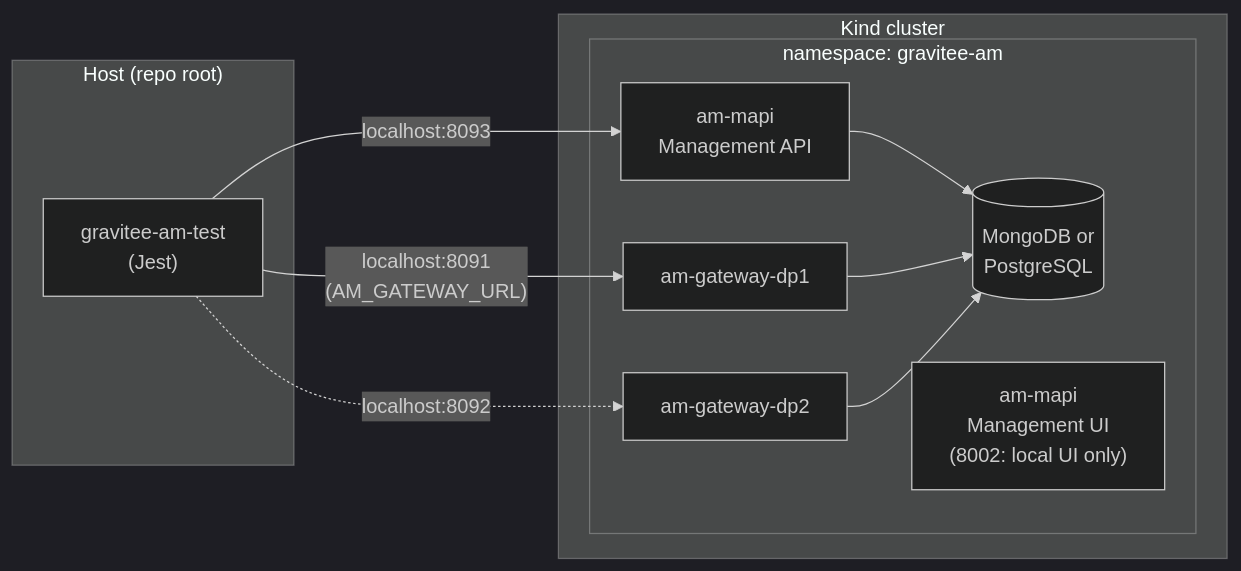
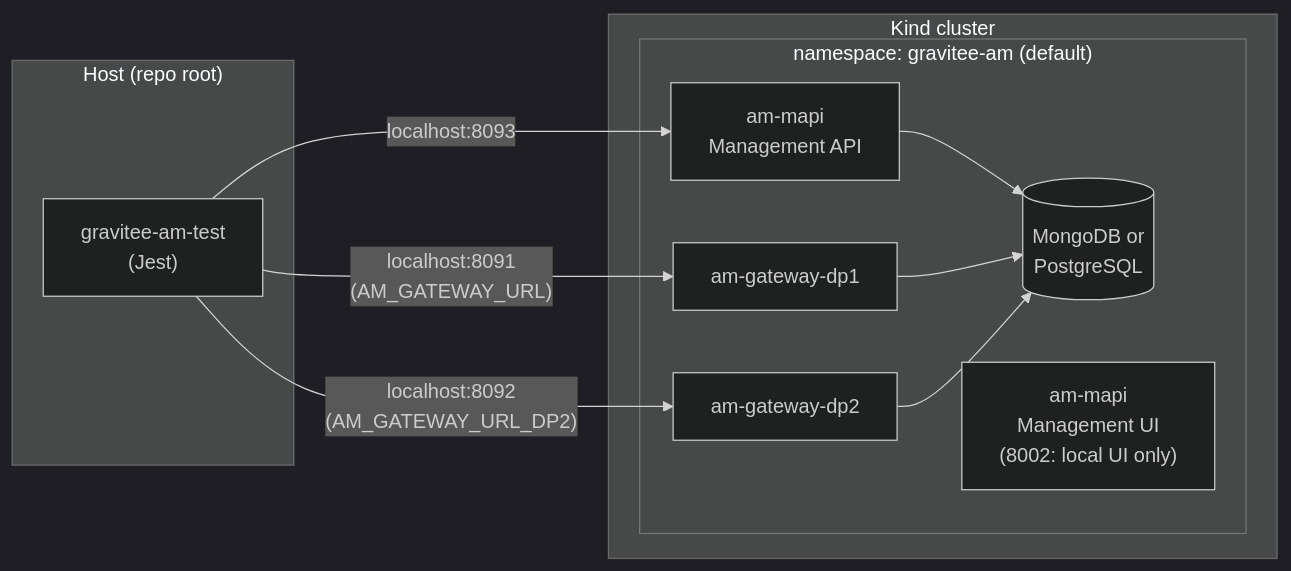
Before and after one commit to gravitee-io/gravitee-access-management: the diagram in scripts/migration-tool/README.md, drawn with Mermaid (dark theme). The commit also changed other lines of this file and 34 other files, not shown here.

````diff
--- a/scripts/migration-tool/README.md
+++ b/scripts/migration-tool/README.md
@@ -51,24 +76,24 @@
 ```mermaid
 flowchart LR
     subgraph host["Host (repo root)"]
         Jest["gravitee-am-test\n(Jest)"]
     end
 
     subgraph kind["Kind cluster"]
-        subgraph ns["namespace: gravitee-am"]
+        subgraph ns["namespace: gravitee-am (default)"]
             DB[(MongoDB or\nPostgreSQL)]
             MAPI["am-mapi\nManagement API"]
             UI["am-mapi\nManagement UI\n(8002: local UI only)"]
             DP1["am-gateway-dp1"]
             DP2["am-gateway-dp2"]
         end
     end
 
     MAPI --> DB
     DP1 --> DB
     DP2 --> DB
 
     Jest -->|"localhost:8093"| MAPI
     Jest -->|"localhost:8091\n(AM_GATEWAY_URL)"| DP1
-    Jest -.->|"localhost:8092"| DP2
+    Jest -->|"localhost:8092\n(AM_GATEWAY_URL_DP2)"| DP2
 ```
````
